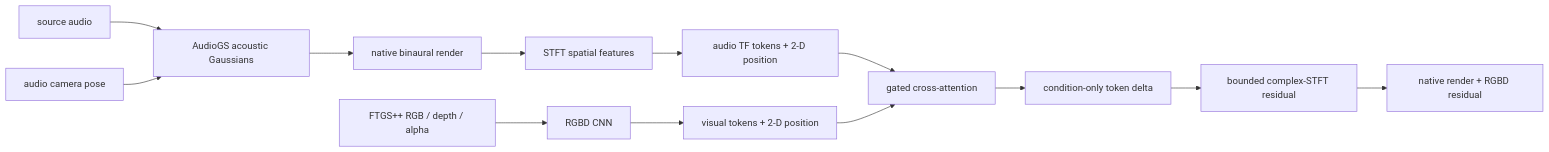
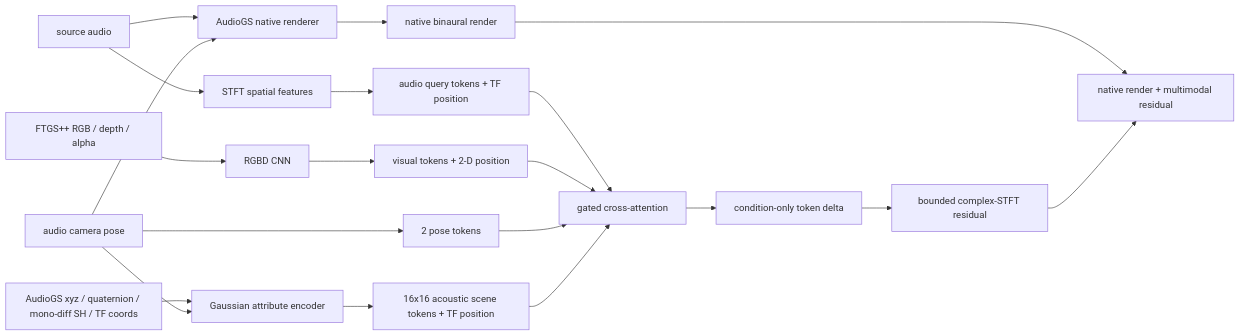
The diagram in docs/cross-attention-audio-token-roadmap.zh-CN.md (lsj2004/AVGaussianv2), drawn with Mermaid before and after one commit. The commit also changed other lines of this file and 13 other files, not shown here.

Commit message:
feat: cross-attend explicit AudioGS Gaussian tokens

````diff
--- a/docs/cross-attention-audio-token-roadmap.zh-CN.md
+++ b/docs/cross-attention-audio-token-roadmap.zh-CN.md
@@ -29,17 +32,25 @@
 ```mermaid
 flowchart LR
-    SRC["source audio"] --> GS["AudioGS acoustic Gaussians"]
+    SRC["source audio"] --> GS["AudioGS native renderer"]
     POSE["audio camera pose"] --> GS
     GS --> NATIVE["native binaural render"]
-    NATIVE --> STFT["STFT spatial features"]
-    STFT --> ATOK["audio TF tokens + 2-D position"]
+    SRC --> STFT["STFT spatial features"]
+    STFT --> ATOK["audio query tokens + TF position"]
+
+    AG["AudioGS xyz / quaternion / mono-diff SH / TF coords"] --> GENC["Gaussian attribute encoder"]
+    POSE --> GENC
+    GENC --> GTOK["16x16 acoustic scene tokens + TF position"]
+    POSE --> PTOK["2 pose tokens"]
 
     RGBD["FTGS++ RGB / depth / alpha"] --> VENC["RGBD CNN"]
     VENC --> VTOK["visual tokens + 2-D position"]
 
     ATOK --> XATTN["gated cross-attention"]
     VTOK --> XATTN
+    PTOK --> XATTN
+    GTOK --> XATTN
     XATTN --> DELTA["condition-only token delta"]
     DELTA --> HEAD["bounded complex-STFT residual"]
-    HEAD --> OUT["native render + RGBD residual"]
+    NATIVE --> OUT["native render + multimodal residual"]
+    HEAD --> OUT
 ```
````
